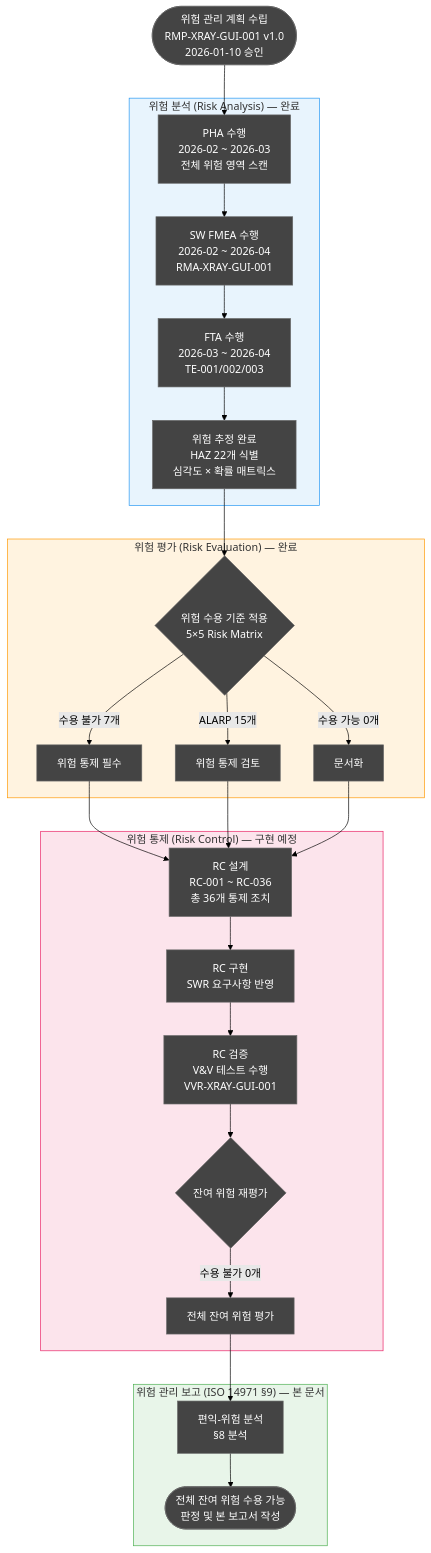
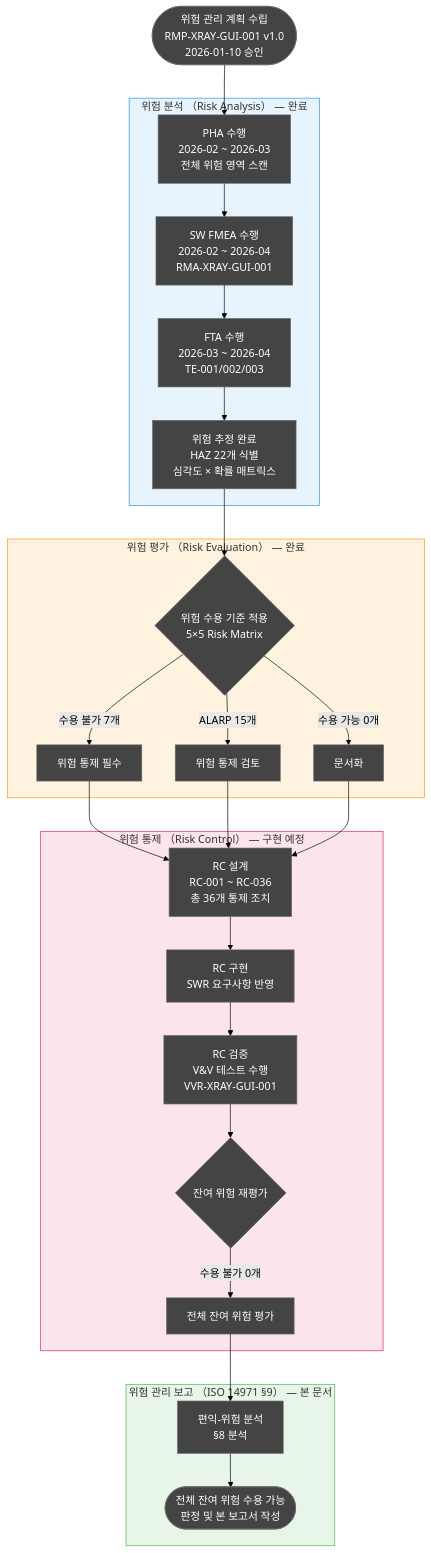
The first of 9 diagrams in docs/risk/DOC-010_RMR_v1.0.md (holee9/console-gui), drawn with Mermaid (forest theme) before and after one commit. The commit also changed other lines of this file and 22 other files, not shown here.

First line of the commit message:
fix: Mermaid flowchart 노드 내 괄호 파싱 오류 전면 수정

````diff
--- a/docs/risk/DOC-010_RMR_v1.0.md
+++ b/docs/risk/DOC-010_RMR_v1.0.md
@@ -129,40 +129,40 @@
 ```mermaid
 flowchart TD
     classDef default fill:#444,stroke:#666,color:#fff
     A([위험 관리 계획 수립\nRMP-XRAY-GUI-001 v1.0\n2026-01-10 승인]) --> B
 
-    subgraph ANALYSIS["위험 분석 (Risk Analysis) — 완료"]
+    subgraph ANALYSIS["위험 분석 （Risk Analysis） — 완료"]
         B[PHA 수행\n2026-02 ~ 2026-03\n전체 위험 영역 스캔]
         B --> C[SW FMEA 수행\n2026-02 ~ 2026-04\nRMA-XRAY-GUI-001]
         C --> D[FTA 수행\n2026-03 ~ 2026-04\nTE-001/002/003]
         D --> E[위험 추정 완료\nHAZ 22개 식별\n심각도 × 확률 매트릭스]
     end
 
-    subgraph EVAL["위험 평가 (Risk Evaluation) — 완료"]
+    subgraph EVAL["위험 평가 （Risk Evaluation） — 완료"]
         E --> F{위험 수용 기준 적용\n5×5 Risk Matrix}
         F -->|수용 불가 7개| G[위험 통제 필수]
         F -->|ALARP 15개| H[위험 통제 검토]
         F -->|수용 가능 0개| I[문서화]
     end
 
-    subgraph CTRL["위험 통제 (Risk Control) — 구현 예정"]
+    subgraph CTRL["위험 통제 （Risk Control） — 구현 예정"]
         G --> J[RC 설계\nRC-001 ~ RC-036\n총 36개 통제 조치]
         H --> J
         J --> K[RC 구현\nSWR 요구사항 반영]
         K --> L[RC 검증\nV&V 테스트 수행\nVVR-XRAY-GUI-001]
         L --> M{잔여 위험 재평가}
         M -->|수용 불가 0개| N[전체 잔여 위험 평가]
     end
 
-    subgraph REPORT["위험 관리 보고 (ISO 14971 §9) — 본 문서"]
+    subgraph REPORT["위험 관리 보고 （ISO 14971 §9） — 본 문서"]
         N --> O[편익-위험 분석\n§8 분석]
         O --> P([전체 잔여 위험 수용 가능\n판정 및 본 보고서 작성])
     end
 
     I --> J
 
     style ANALYSIS fill:#e8f4fd,stroke:#2196F3
     style EVAL fill:#fff3e0,stroke:#FF9800
     style CTRL fill:#fce4ec,stroke:#E91E63
     style REPORT fill:#e8f5e9,stroke:#4CAF50
 ```
````
